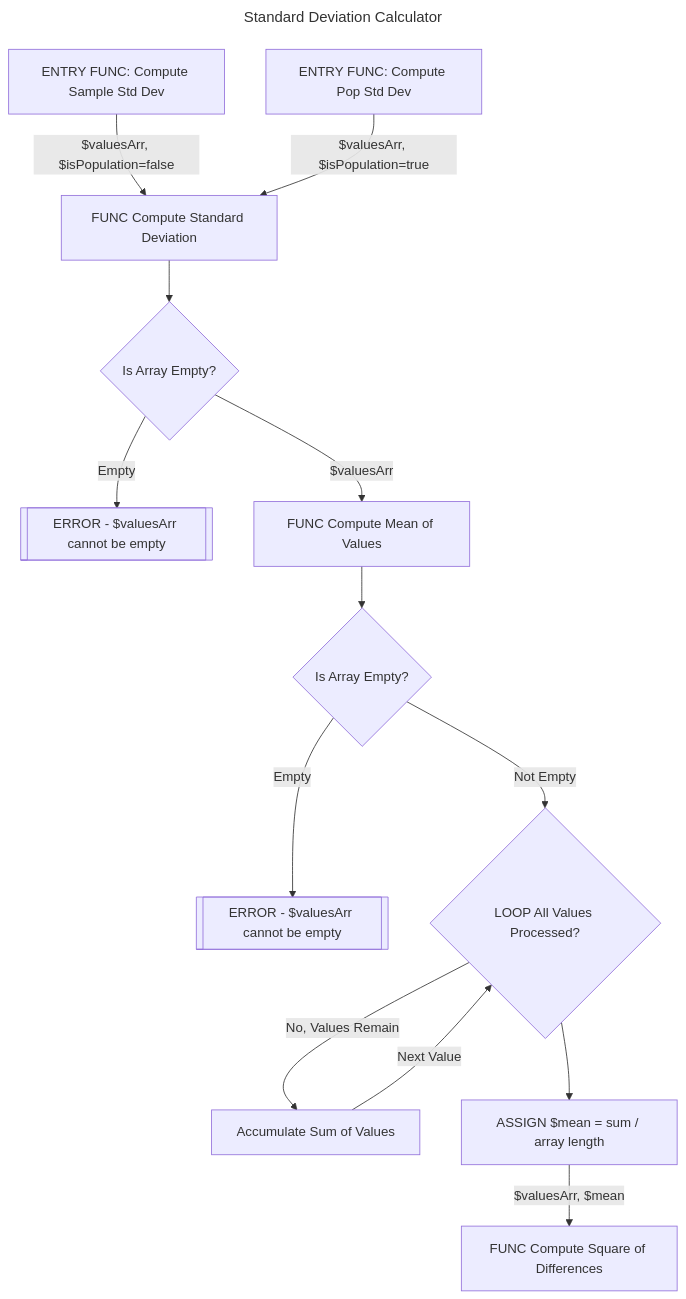
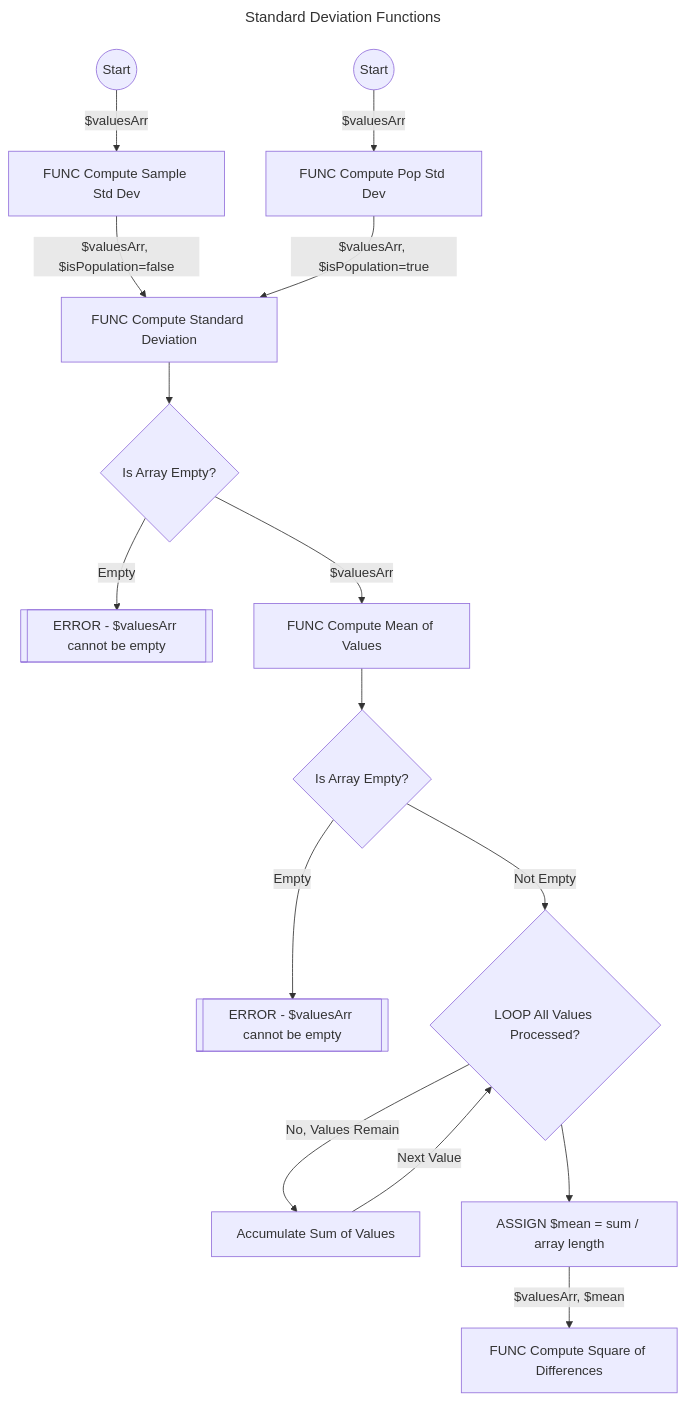
One commit to jeff-adkisson/swe-3643-fall-2024 changed the diagram in homework/homework-2.md. Above: the diagram before and after it, drawn with Mermaid.

Commit message:
Added start nodes with initial values

````diff
--- a/homework/homework-2.md
+++ b/homework/homework-2.md
@@ -55,33 +55,35 @@
 ```mermaid
 ---
 
-title: Standard Deviation Calculator
+title: Standard Deviation Functions
 ---
 flowchart TD
-    computeSampleStdDev[ENTRY FUNC: Compute Sample Std Dev]
+    startSample((Start)) --> |$valuesArr|computeSampleStdDev
+    computeSampleStdDev[FUNC Compute Sample Std Dev]
     computeSampleStdDev --> |$valuesArr, $isPopulation=false|computeStdDev
     
-    computePopStdDev[ENTRY FUNC: Compute Pop Std Dev]
+    startPop((Start)) --> |$valuesArr|computePopStdDev
+    computePopStdDev[FUNC Compute Pop Std Dev]
     computePopStdDev --> |$valuesArr, $isPopulation=true|computeStdDev
 
     stdDevValid{Is Array Empty?}
     computeStdDev --> stdDevValid
     stdDevValid --> |Empty| stdDevError[[ERROR - $valuesArr cannot be empty]]
     stdDevValid --> |$valuesArr| computeMean
 
     computeStdDev[FUNC Compute Standard Deviation]
 
     computeMean[FUNC Compute Mean of Values]
     computeMeanValid{Is Array Empty?}
     computeMean --> computeMeanValid
     computeMeanValid --> |Empty| computeMeanError[[ERROR - $valuesArr cannot be empty]]
     computeMeanValid --> |Not Empty| meanLoop[Accumulate Sum of Values]
     meanLoop{LOOP All Values Processed?}
     meanLoop --> |No, Values Remain|meanAccumulator[Accumulate Sum of Values]
     meanAccumulator --> |Next Value|meanLoop
     meanLoop --> computeMeanComplete[ASSIGN $mean = sum / array length]
 
     computeMeanComplete --> |$valuesArr, $mean|computeSquareDiff
     computeSquareDiff[FUNC Compute Square of Differences]
   
 ```
````
